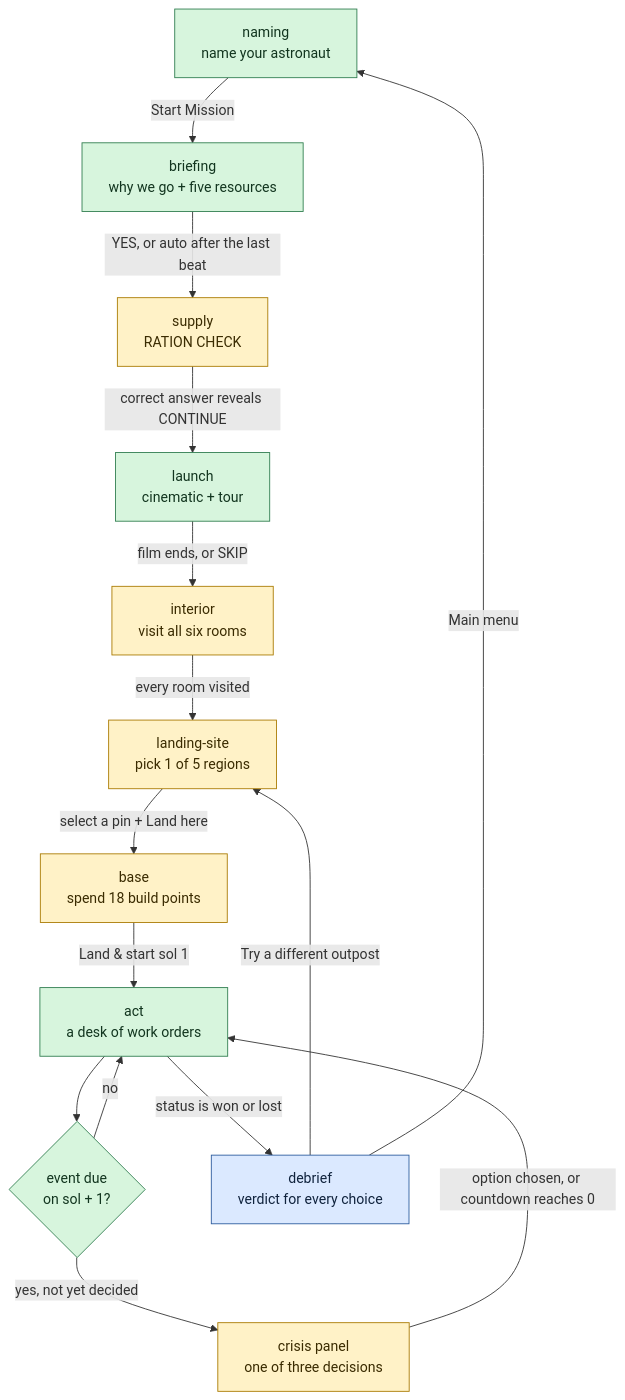
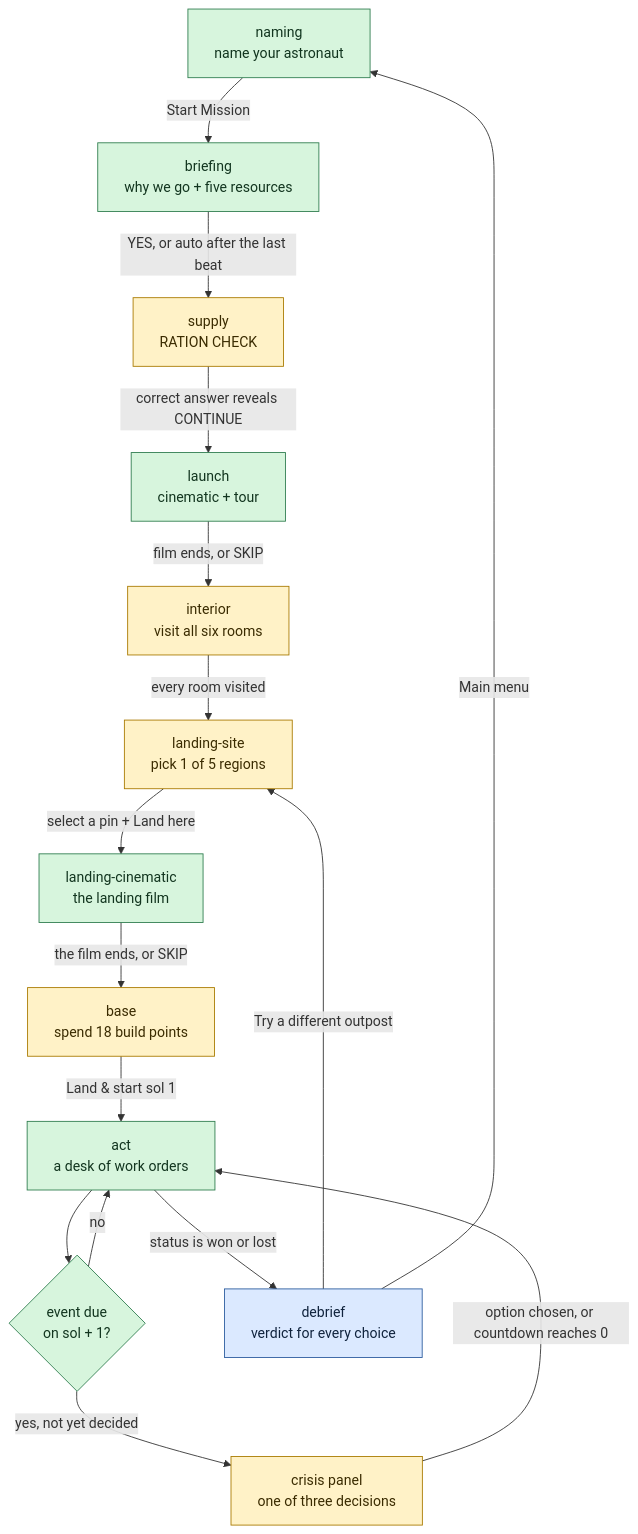
One commit to Theteamakrasia/Mars-Horizon-Junior-Astronaut-Mission-Trainer changed the first of 4 diagrams in docs/game-flow.md. Above: the diagram before and after it, drawn with Mermaid. The commit also changed other lines of this file and 10 other files, not shown here.

Commit message:
docs(cinematic): record the landing cinematic

````diff
--- a/docs/game-flow.md
+++ b/docs/game-flow.md
@@ -28,33 +28,35 @@
 ```mermaid
 flowchart TD
     Naming["naming<br/>name your astronaut"]:::impl
     Briefing["briefing<br/>why we go + five resources"]:::impl
     Supply["supply<br/>RATION CHECK"]:::gate
     Launch["launch<br/>cinematic + tour"]:::impl
     Interior["interior<br/>visit all six rooms"]:::gate
     Site["landing-site<br/>pick 1 of 5 regions"]:::gate
+    Film["landing-cinematic<br/>the landing film"]:::impl
     Base["base<br/>spend 18 build points"]:::gate
     Act["act<br/>a desk of work orders"]:::impl
     Pending{"event due<br/>on sol + 1?"}:::impl
     Crisis["crisis panel<br/>one of three decisions"]:::gate
     Debrief["debrief<br/>verdict for every choice"]:::terminal
 
     Naming -->|"Start Mission"| Briefing
     Briefing -->|"YES, or auto after the last beat"| Supply
     Supply -->|"correct answer reveals CONTINUE"| Launch
     Launch -->|"film ends, or SKIP"| Interior
     Interior -->|"every room visited"| Site
-    Site -->|"select a pin + Land here"| Base
+    Site -->|"select a pin + Land here"| Film
+    Film -->|"the film ends, or SKIP"| Base
     Base -->|"Land &amp; start sol 1"| Act
     Act --> Pending
     Pending -->|"yes, not yet decided"| Crisis
     Crisis -->|"option chosen, or countdown reaches 0"| Act
     Pending -->|"no"| Act
     Act -->|"status is won or lost"| Debrief
     Debrief -->|"Try a different outpost"| Site
     Debrief -->|"Main menu"| Naming
 
     classDef impl fill:#d7f5dd,stroke:#2f7d4f,color:#12351f
     classDef gate fill:#fff2c7,stroke:#a97a00,color:#3a2b00
     classDef terminal fill:#dbe9ff,stroke:#2b5b9e,color:#10233d
 ```
````
